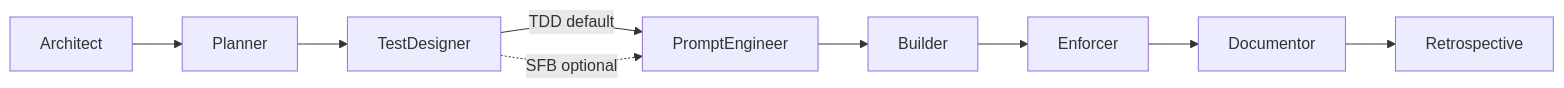
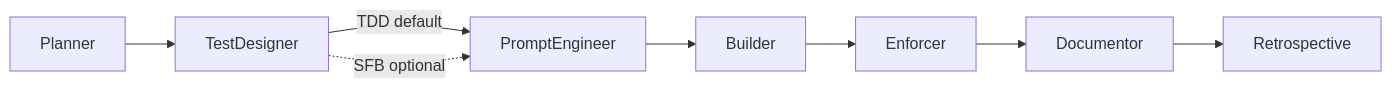
Before and after one commit to raystorm/Q-TguDiilt: the first of 6 diagrams in docs/dev/workflow-patterns.md, drawn with Mermaid. The commit also changed other lines of this file and 55 other files, not shown here.

````diff
--- a/docs/dev/workflow-patterns.md
+++ b/docs/dev/workflow-patterns.md
@@ -57,11 +57,10 @@
 ```mermaid
 flowchart LR
-   A[Architect] --> P[Planner]
-   P --> TD[TestDesigner]
+   P[Planner] --> TD[TestDesigner]
    TD -->|TDD default| PE[PromptEngineer]
    TD -.->|SFB optional| PE
    PE --> B[Builder]
    B --> E[Enforcer]
    E --> D[Documentor]
    D --> R[Retrospective]
 ```
````
